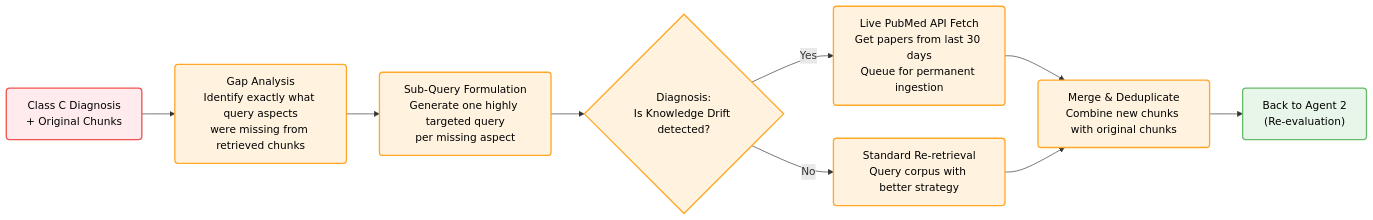
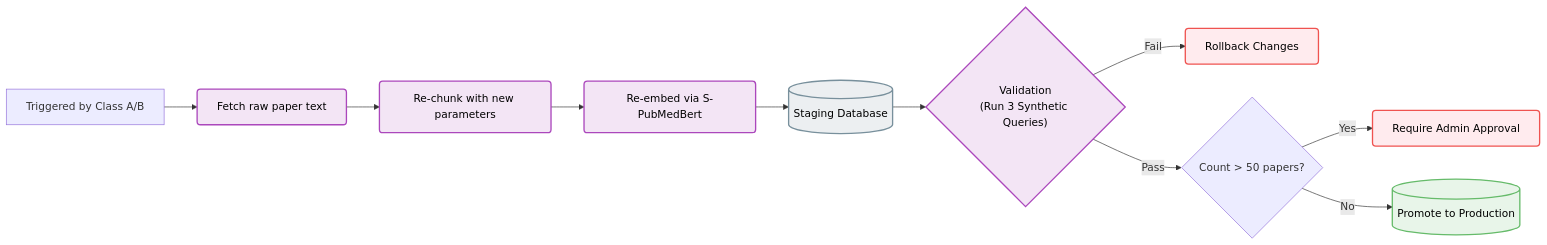
The seventh of 12 diagrams in ARCHITECTURE.md (pavan939111/SelfLearning_Rag), drawn with Mermaid before and after one commit. The commit also changed other lines of this file and 2 other files, not shown here.

Commit message:
docs: finalize architecture documentation by merging highly-detailed agent and cycle diagrams into the new structure

````diff
--- a/ARCHITECTURE.md
+++ b/ARCHITECTURE.md
@@ -303,19 +201,19 @@
 ```mermaid
 flowchart LR
-    classDef input fill:#ffebee,stroke:#ef5350,stroke-width:2px,color:#000,rx:5px
-    classDef process fill:#fff3e0,stroke:#ffa726,stroke-width:2px,color:#000,rx:5px
+    classDef cold fill:#f3e5f5,stroke:#ab47bc,stroke-width:2px,color:#000,rx:5px
+    classDef db fill:#eceff1,stroke:#78909c,stroke-width:2px,color:#000,rx:10px
+    classDef fail fill:#ffebee,stroke:#ef5350,stroke-width:2px,color:#000,rx:5px
     classDef success fill:#e8f5e9,stroke:#66bb6a,stroke-width:2px,color:#000,rx:5px
 
-    IN["Class C Diagnosis\n+ Original Chunks"]:::input --> GAP
-
-    GAP["Gap Analysis\nIdentify exactly what query aspects\nwere missing from retrieved chunks"]:::process
-
-    GAP --> FORM["Sub-Query Formulation\nGenerate one highly targeted query\nper missing aspect"]:::process
-
-    FORM --> FETCH{"Diagnosis:\nIs Knowledge Drift detected?"}:::process
-    FETCH -->|"Yes"| LIVE["Live PubMed API Fetch\nGet papers from last 30 days\nQueue for permanent ingestion"]:::process
-    FETCH -->|"No"| NORMAL["Standard Re-retrieval\nQuery corpus with better strategy"]:::process
-
-    LIVE & NORMAL --> MERGE["Merge & Deduplicate\nCombine new chunks with original chunks"]:::process
-    MERGE --> OUT["Back to Agent 2\n(Re-evaluation)"]:::success
+    TRIG["Triggered by Class A/B"] --> FETCH["Fetch raw paper text"]:::cold
+    FETCH --> CHUNK["Re-chunk with new parameters"]:::cold
+    CHUNK --> EMBED["Re-embed via S-PubMedBert"]:::cold
+    EMBED --> STAGE[("Staging Database")]:::db
+    
+    STAGE --> VAL{"Validation\n(Run 3 Synthetic Queries)"}:::cold
+    VAL -->|"Fail"| ROLL["Rollback Changes"]:::fail
+    VAL -->|"Pass"| CHECK{"Count > 50 papers?"}
+    
+    CHECK -->|"Yes"| ADMIN["Require Admin Approval"]:::fail
+    CHECK -->|"No"| PROD[("Promote to Production")]:::success
 ```
````
